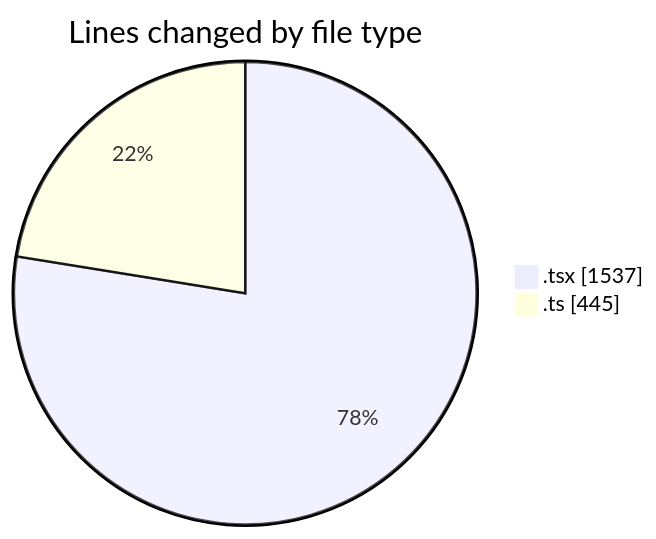
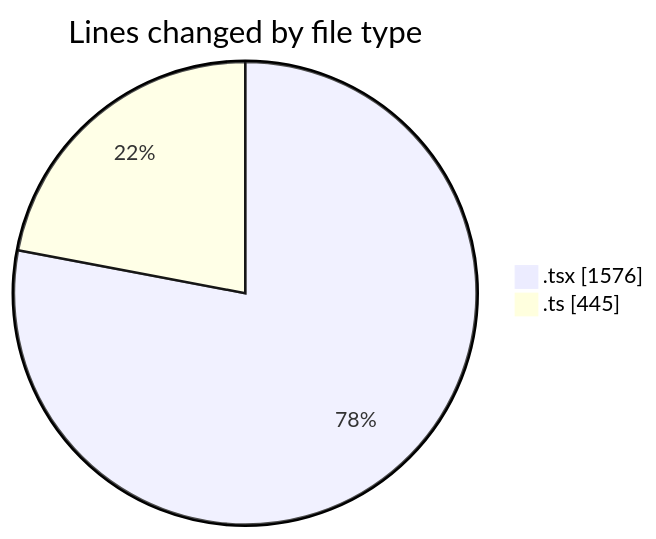
One commit to robertbonfada/code-tracking changed the first of 2 diagrams in 2025-01-30/mbc-web/README.md. Above: the diagram before and after it, drawn with Mermaid. The commit also changed other lines of this file and 1 other file, not shown here.

````diff
--- a/2025-01-30/mbc-web/README.md
+++ b/2025-01-30/mbc-web/README.md
@@ -30,6 +30,6 @@
 ```mermaid
 pie showData
 title Lines changed by file type
-".tsx" : 1537
+".tsx" : 1576
 ".ts" : 445
 ```
````
